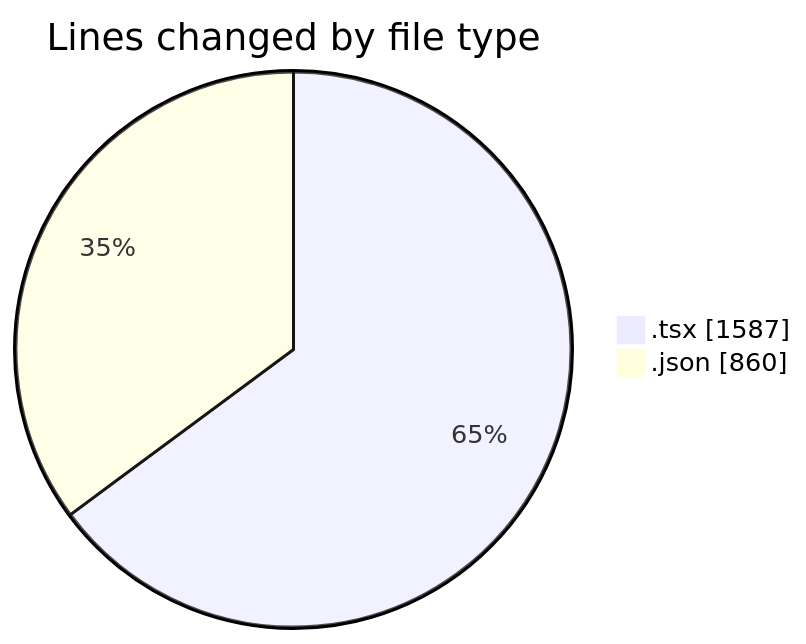
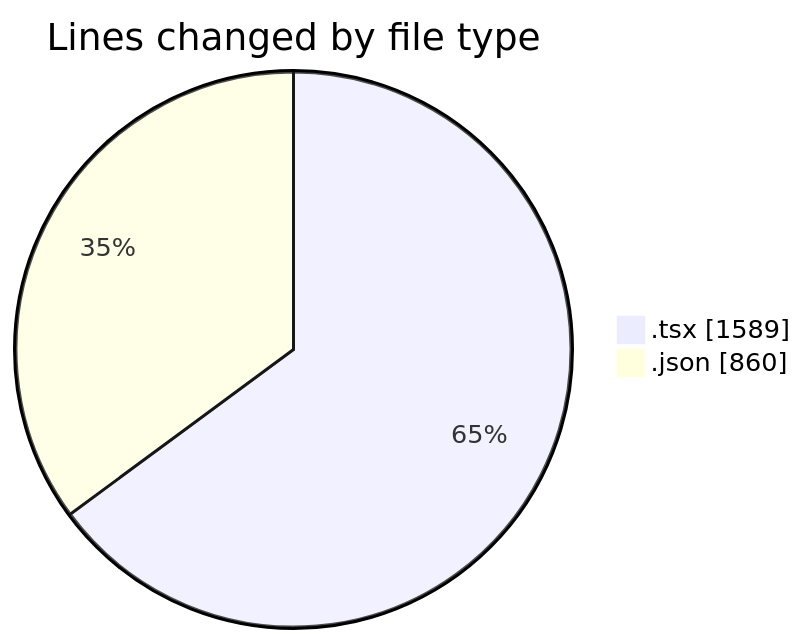
One commit to EIIisD/code-tracking changed the first of 2 diagrams in 2025-08-13/ribbon/README.md. Above: the diagram before and after it, drawn with Mermaid. The commit also changed other lines of this file and 1 other file, not shown here.

````diff
--- a/2025-08-13/ribbon/README.md
+++ b/2025-08-13/ribbon/README.md
@@ -28,6 +28,6 @@
 ```mermaid
 pie showData
 title Lines changed by file type
-".tsx" : 1587
+".tsx" : 1589
 ".json" : 860
 ```
````
